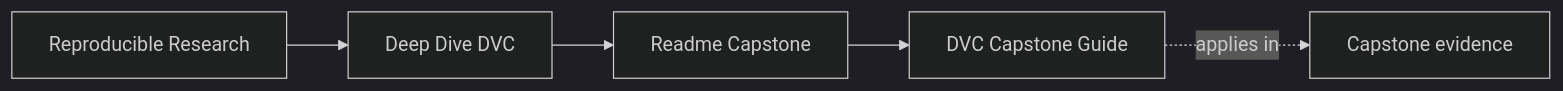
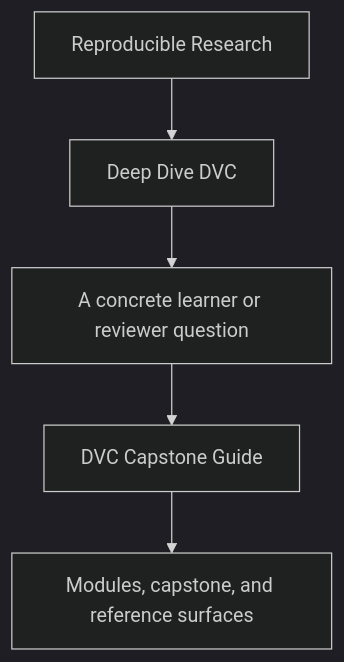
One commit to bijux/bijux-masterclass changed the first of 2 diagrams in programs/reproducible-research/deep-dive-dvc/course-book/guides/readme-capstone.md. Above: the diagram before and after it, drawn with Mermaid (dark theme). The commit also changed other lines of this file and 31 other files, not shown here.

Commit message:
docs(deep-dive-dvc): sharpen guide and reference diagrams

````diff
--- a/programs/reproducible-research/deep-dive-dvc/course-book/guides/readme-capstone.md
+++ b/programs/reproducible-research/deep-dive-dvc/course-book/guides/readme-capstone.md
@@ -7,11 +7,7 @@
 ```mermaid
-graph LR
-  family["Reproducible Research"]
-  program["Deep Dive DVC"]
-  section["Readme Capstone"]
-  page["DVC Capstone Guide"]
-  capstone["Capstone evidence"]
-
-  family --> program --> section --> page
-  page -.applies in.-> capstone
+flowchart TD
+  family["Reproducible Research"] --> program["Deep Dive DVC"]
+  program --> pressure["A concrete learner or reviewer question"]
+  pressure --> guide["DVC Capstone Guide"]
+  guide --> next["Modules, capstone, and reference surfaces"]
 ```
````
